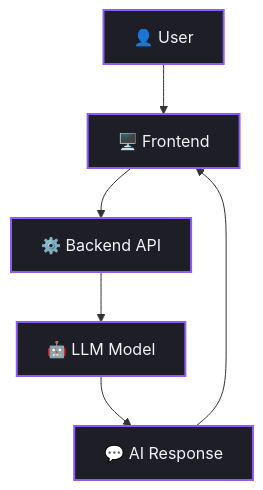
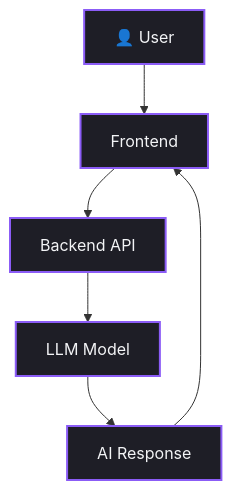
The first of 5 diagrams in handbook/chapter_32.md (Rabetul-islam-asif/AI-Hand-Book), drawn with Mermaid before and after one commit. The commit also changed other lines of this file and 1 other file, not shown here.

````diff
--- a/handbook/chapter_32.md
+++ b/handbook/chapter_32.md
@@ -80,9 +80,9 @@
 ```mermaid
 flowchart TD
-    A["👤 User"] --> B["🖥️ Frontend"]
-    B --> C["⚙️ Backend API"]
-    C --> D["🤖 LLM Model"]
-    D --> E["💬 AI Response"]
+    A["👤 User"] --> B[" Frontend"]
+    B --> C[" Backend API"]
+    C --> D[" LLM Model"]
+    D --> E[" AI Response"]
     E --> B
     classDef default fill:#1E1E26,stroke:#8B5CF6,stroke-width:2px,color:#F3F4F6;
 ```
````
